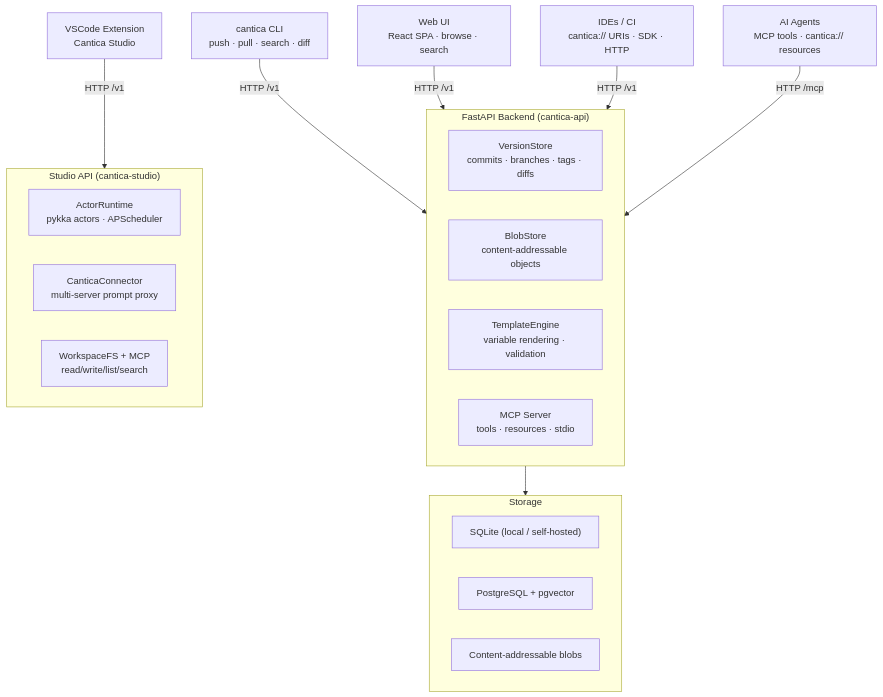
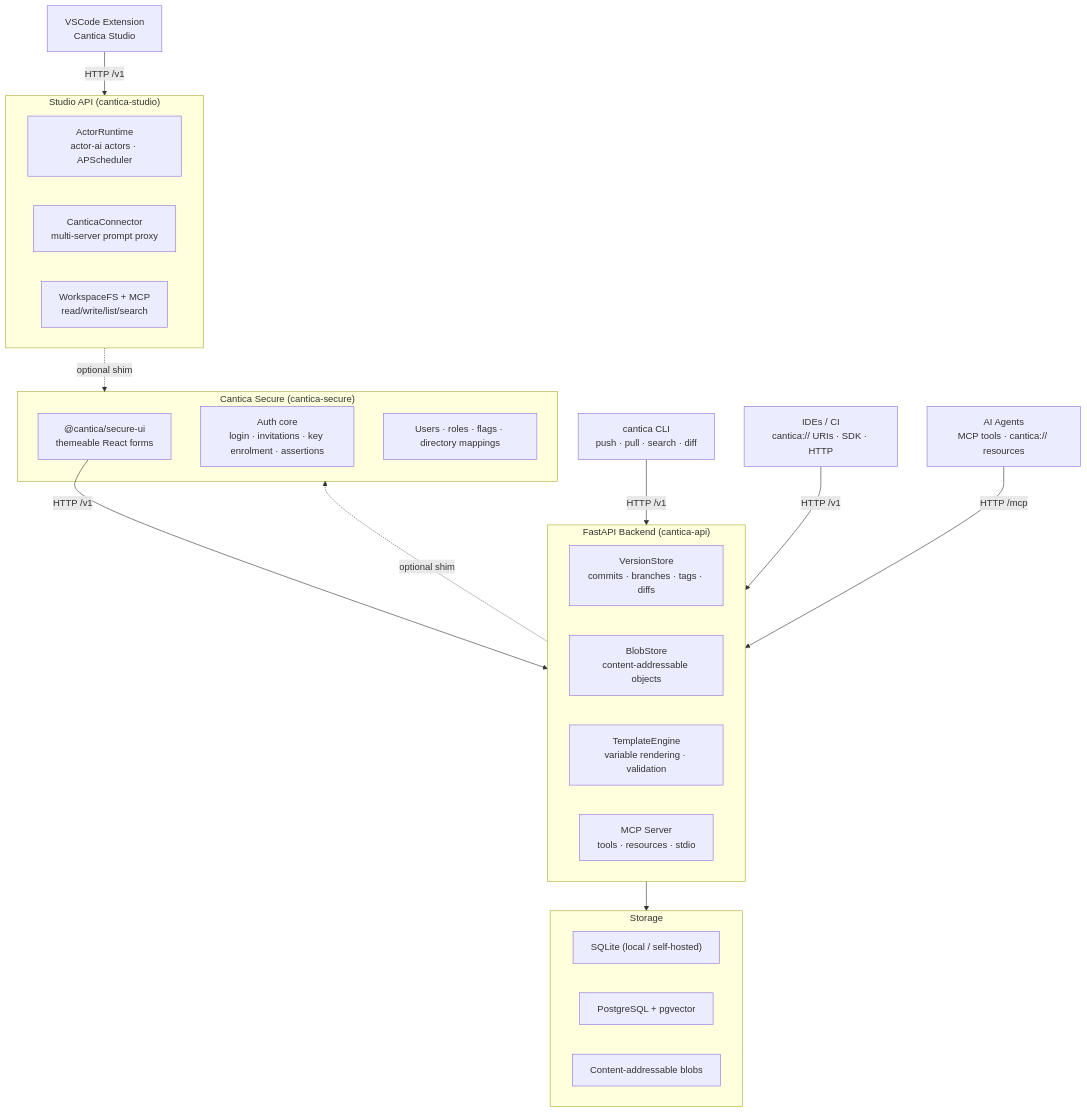
The diagram in README.md (oliben67/cantica), drawn with Mermaid before and after one commit. The commit also changed other lines of this file and 1 other file, not shown here.

````diff
--- a/README.md
+++ b/README.md
@@ -42,35 +48,44 @@
 ```mermaid
 graph TD
     CLI["cantica CLI<br/>push · pull · search · diff"]
     UI["Web UI<br/>React SPA · browse · search"]
     SDK["IDEs / CI<br/>cantica:// URIs · SDK · HTTP"]
     AGENT["AI Agents<br/>MCP tools · cantica:// resources"]
     VSCODE["VSCode Extension<br/>Cantica Studio"]
 
     CLI   -->|HTTP /v1| API
     UI    -->|HTTP /v1| API
     SDK   -->|HTTP /v1| API
     AGENT -->|HTTP /mcp| API
     VSCODE -->|HTTP /v1| STUDIO
 
     subgraph API["FastAPI Backend (cantica-api)"]
         VS["VersionStore<br/>commits · branches · tags · diffs"]
         BS["BlobStore<br/>content-addressable objects"]
         TE["TemplateEngine<br/>variable rendering · validation"]
         MCP["MCP Server<br/>tools · resources · stdio"]
     end
 
     subgraph STUDIO["Studio API (cantica-studio)"]
-        RT["ActorRuntime<br/>pykka actors · APScheduler"]
+        RT["ActorRuntime<br/>actor-ai actors · APScheduler"]
         CP["CanticaConnector<br/>multi-server prompt proxy"]
         FS["WorkspaceFS + MCP<br/>read/write/list/search"]
+    end
+
+    API -.->|optional shim| SEC
+    STUDIO -.->|optional shim| SEC
+
+    subgraph SEC["Cantica Secure (cantica-secure)"]
+        AUTH["Auth core<br/>login · invitations · key enrolment · assertions"]
+        RBAC["Users · roles · flags · directory mappings"]
+        UI["@cantica/secure-ui<br/>themeable React forms"]
     end
 
     API --> DB
 
     subgraph DB["Storage"]
         SQ["SQLite (local / self-hosted)"]
         PG["PostgreSQL + pgvector"]
         BL["Content-addressable blobs"]
     end
 ```
````
